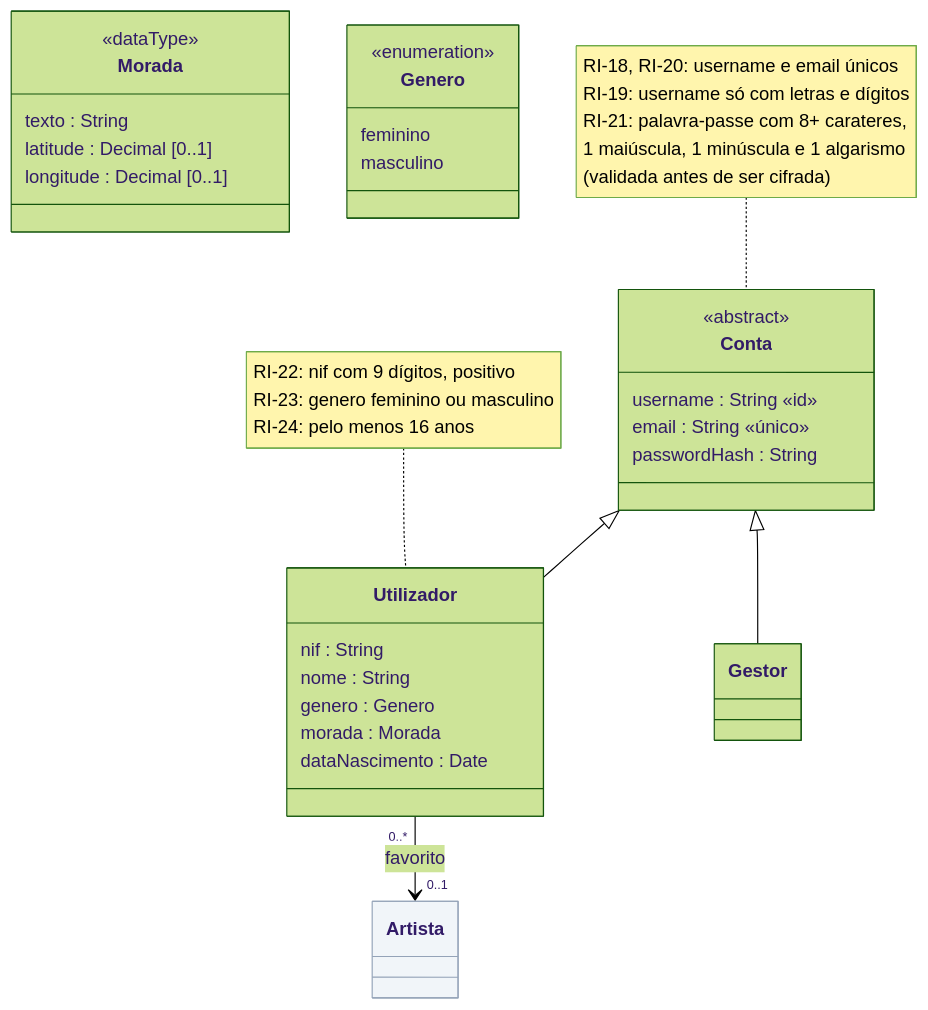
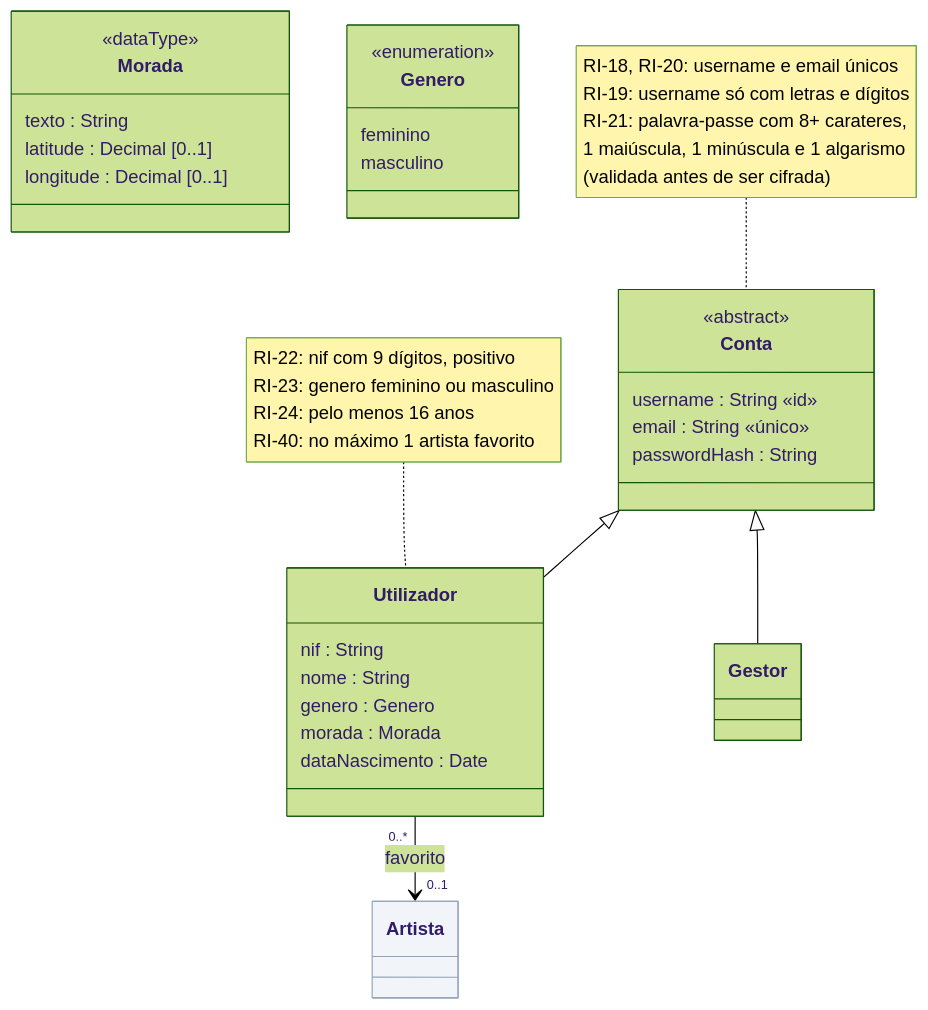
One commit to malat0o/PGP changed the fourth of 6 diagrams in etapa1/classes/modelo-classes.md. Above: the diagram before and after it, drawn with Mermaid (forest theme). The commit also changed other lines of this file and 17 other files, not shown here.

Commit message:
Imagens dos diagramas, secção do relatório, serviços externos e restrições RI-31 a RI-47

````diff
--- a/etapa1/classes/modelo-classes.md
+++ b/etapa1/classes/modelo-classes.md
@@ -223,39 +225,39 @@
 ```mermaid
 classDiagram
   direction TB
   class Conta {
     <<abstract>>
     username : String «id»
     email : String «único»
     passwordHash : String
   }
   class Utilizador {
     nif : String
     nome : String
     genero : Genero
     morada : Morada
     dataNascimento : Date
   }
   class Gestor
   class Morada {
     <<dataType>>
     texto : String
     latitude : Decimal [0..1]
     longitude : Decimal [0..1]
   }
   class Genero {
     <<enumeration>>
     feminino
     masculino
   }
   class Artista
 
   Conta <|-- Utilizador
   Conta <|-- Gestor
   Utilizador "0..*" --> "0..1" Artista : favorito
 
   note for Conta "RI-18, RI-20: username e email únicos<br>RI-19: username só com letras e dígitos<br>RI-21: palavra-passe com 8+ carateres,<br>1 maiúscula, 1 minúscula e 1 algarismo<br>(validada antes de ser cifrada)"
-  note for Utilizador "RI-22: nif com 9 dígitos, positivo<br>RI-23: genero feminino ou masculino<br>RI-24: pelo menos 16 anos"
+  note for Utilizador "RI-22: nif com 9 dígitos, positivo<br>RI-23: genero feminino ou masculino<br>RI-24: pelo menos 16 anos<br>RI-40: no máximo 1 artista favorito"
 
   style Artista fill:#f1f5f9,stroke:#94a3b8
 ```
````
